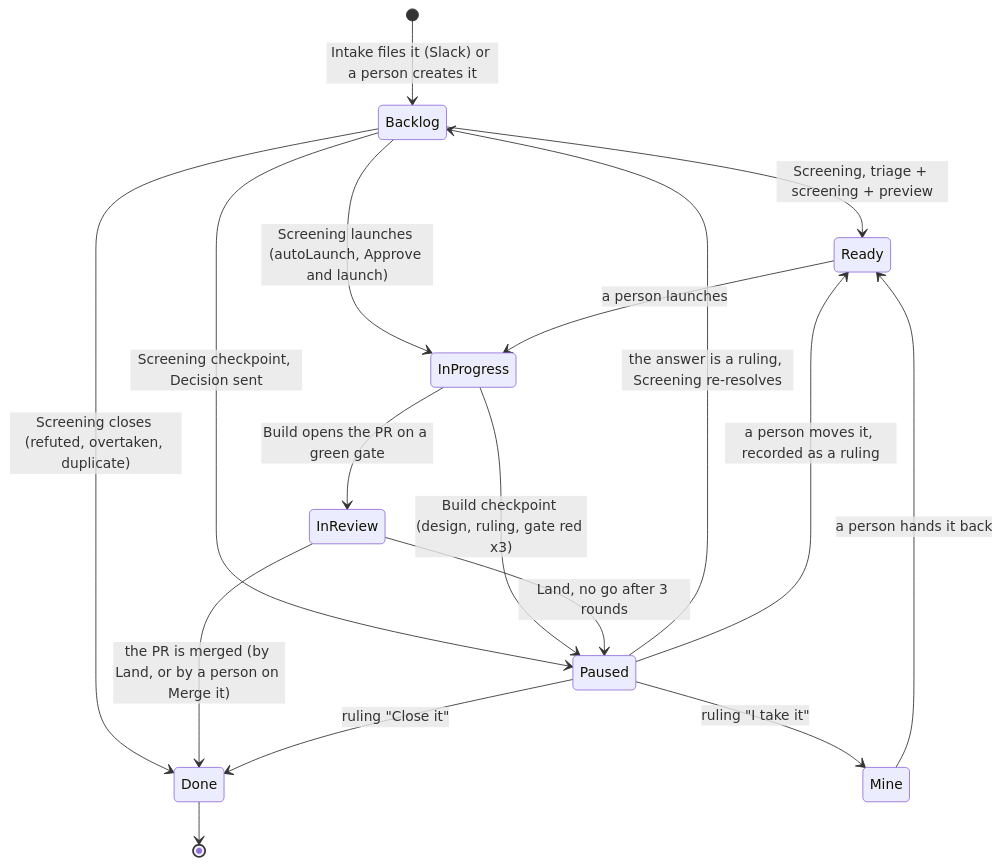
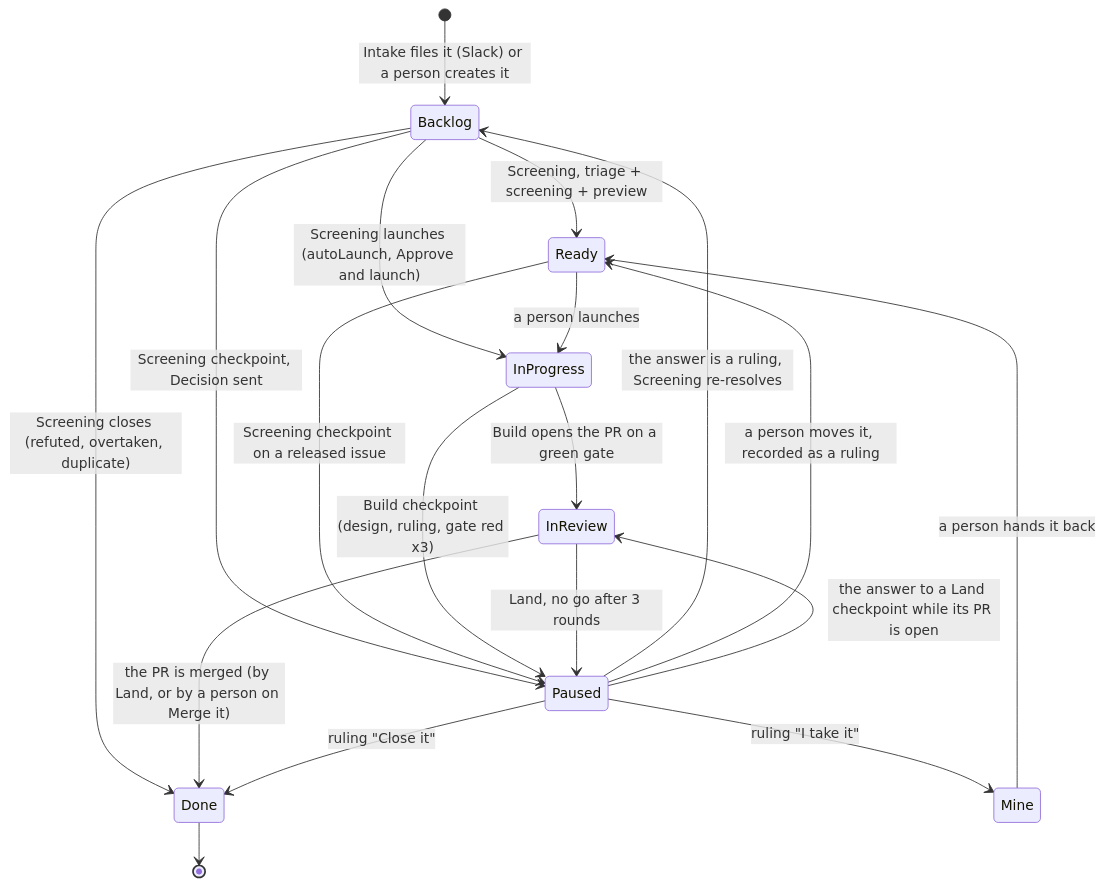
Before and after one commit to standardshq/skills: the diagram in skills/working-on-issues/workflow.md, drawn with Mermaid. The commit also changed other lines of this file and 1 other file, not shown here.

Commit message:
fix(screening): a released issue stays Ready, launches or pauses, and refresh takes Backlog only

````diff
--- a/skills/working-on-issues/workflow.md
+++ b/skills/working-on-issues/workflow.md
@@ -6,19 +6,21 @@
 ```mermaid
 stateDiagram-v2
   [*] --> Backlog: Intake files it (Slack) or a person creates it
   Backlog --> Ready: Screening, triage + screening + preview
   Backlog --> InProgress: Screening launches (autoLaunch, Approve and launch)
   Backlog --> Paused: Screening checkpoint, Decision sent
   Backlog --> Done: Screening closes (refuted, overtaken, duplicate)
   Ready --> InProgress: a person launches
+  Ready --> Paused: Screening checkpoint on a released issue
   InProgress --> InReview: Build opens the PR on a green gate
   InProgress --> Paused: Build checkpoint (design, ruling, gate red x3)
   InReview --> Done: the PR is merged (by Land, or by a person on Merge it)
   InReview --> Paused: Land, no go after 3 rounds
   Paused --> Backlog: the answer is a ruling, Screening re-resolves
   Paused --> Ready: a person moves it, recorded as a ruling
   Paused --> Mine: ruling "I take it"
+  Paused --> InReview: the answer to a Land checkpoint while its PR is open
   Paused --> Done: ruling "Close it"
   Mine --> Ready: a person hands it back
   Done --> [*]
 ```
````
